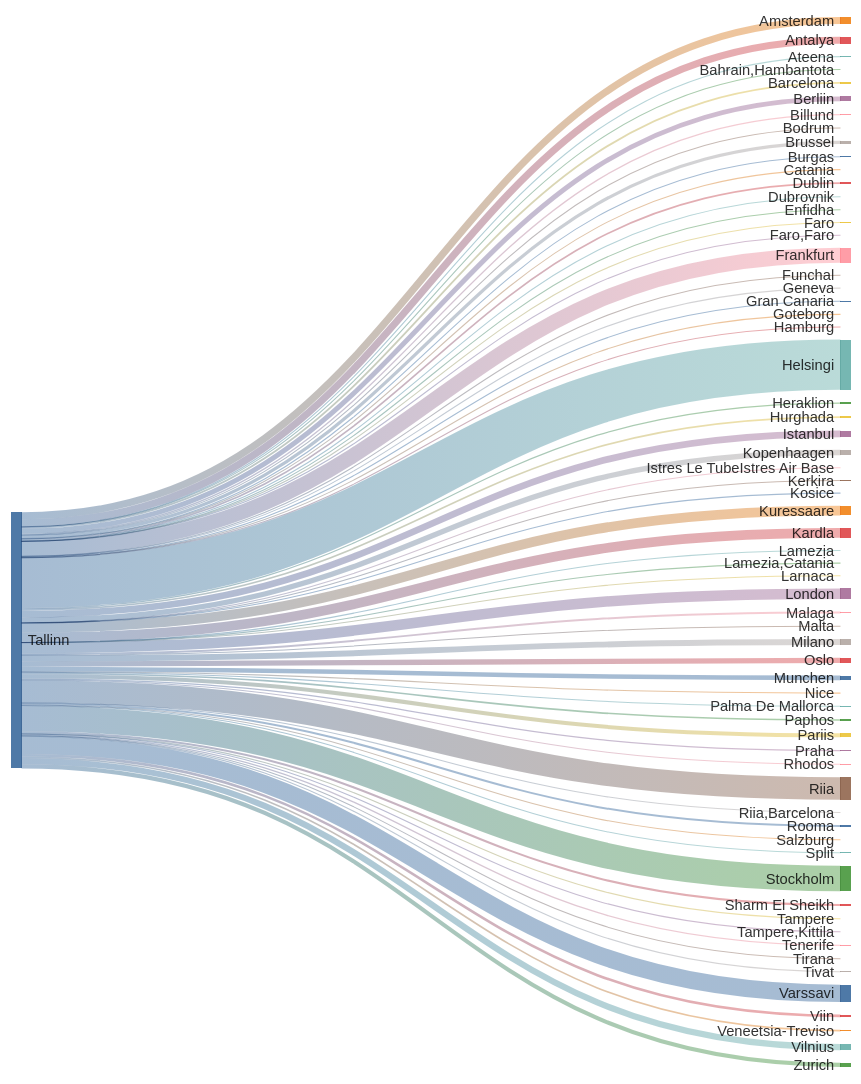
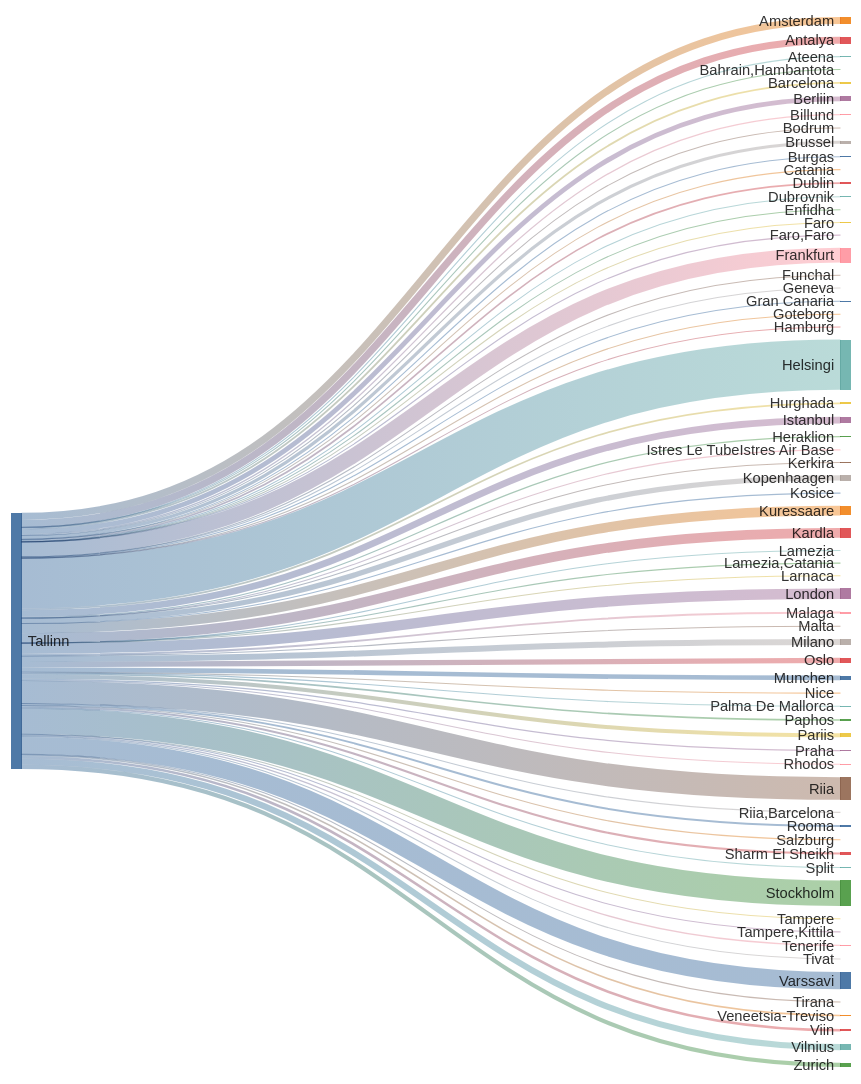
Before and after one commit to rainermesi/tll-airport-departures: the second of 2 diagrams in README.md, drawn with Mermaid. The commit also changed other lines of this file, not shown here.

````diff
--- a/README.md
+++ b/README.md
@@ -34,77 +34,77 @@
 ```mermaid
 ---
 config:
   sankey:
     showValues: false
     width: 800
     height: 1000
 ---
 sankey-beta
 %% source,target,value
-Tallinn,Amsterdam,275
-Tallinn,Antalya,276
+Tallinn,Amsterdam,276
+Tallinn,Antalya,277
 Tallinn,Ateena,16
 Tallinn,"Bahrain,Hambantota",1
-Tallinn,Barcelona,70
+Tallinn,Barcelona,71
 Tallinn,Berliin,188
 Tallinn,Billund,49
 Tallinn,Bodrum,11
 Tallinn,Brussel,124
 Tallinn,Burgas,21
 Tallinn,Catania,2
 Tallinn,Dublin,64
 Tallinn,Dubrovnik,21
 Tallinn,Enfidha,7
 Tallinn,Faro,4
 Tallinn,"Faro,Faro",1
-Tallinn,Frankfurt,575
+Tallinn,Frankfurt,577
 Tallinn,Funchal,5
 Tallinn,Geneva,11
 Tallinn,Gran Canaria,34
 Tallinn,Goteborg,1
 Tallinn,Hamburg,1
-Tallinn,Helsingi,1942
+Tallinn,Helsingi,1951
 Tallinn,Heraklion,46
-Tallinn,Hurghada,65
-Tallinn,Istanbul,260
+Tallinn,Hurghada,66
+Tallinn,Istanbul,261
 Tallinn,Istres Le TubeIstres Air Base,2
 Tallinn,Kerkira,4
-Tallinn,Kopenhaagen,205
+Tallinn,Kopenhaagen,206
 Tallinn,Kosice,1
-Tallinn,Kuressaare,377
-Tallinn,Kardla,377
+Tallinn,Kuressaare,379
+Tallinn,Kardla,379
 Tallinn,Lamezia,1
 Tallinn,"Lamezia,Catania",3
 Tallinn,Larnaca,4
-Tallinn,London,406
+Tallinn,London,408
 Tallinn,Malaga,75
 Tallinn,Malta,15
-Tallinn,Milano,231
-Tallinn,Munchen,177
+Tallinn,Milano,232
+Tallinn,Munchen,178
 Tallinn,Nice,25
 Tallinn,Oslo,207
 Tallinn,Palma De Mallorca,19
 Tallinn,Paphos,62
 Tallinn,Pariis,155
 Tallinn,Praha,49
 Tallinn,Rhodos,32
-Tallinn,Riia,872
+Tallinn,Riia,876
 Tallinn,"Riia,Barcelona",1
 Tallinn,Rooma,76
 Tallinn,Salzburg,12
-Tallinn,Sharm El Sheikh,80
+Tallinn,Sharm El Sheikh,82
 Tallinn,Split,25
-Tallinn,Stockholm,988
+Tallinn,Stockholm,992
 Tallinn,Tampere,17
-Tallinn,"Tampere,Kittila",17
+Tallinn,"Tampere,Kittila",18
 Tallinn,Tenerife,52
 Tallinn,Tirana,8
 Tallinn,Tivat,26
-Tallinn,Varssavi,670
+Tallinn,Varssavi,673
 Tallinn,Veneetsia-Treviso,63
 Tallinn,Viin,100
-Tallinn,Vilnius,238
+Tallinn,Vilnius,239
 Tallinn,Zurich,160
 
 
 ```
````
